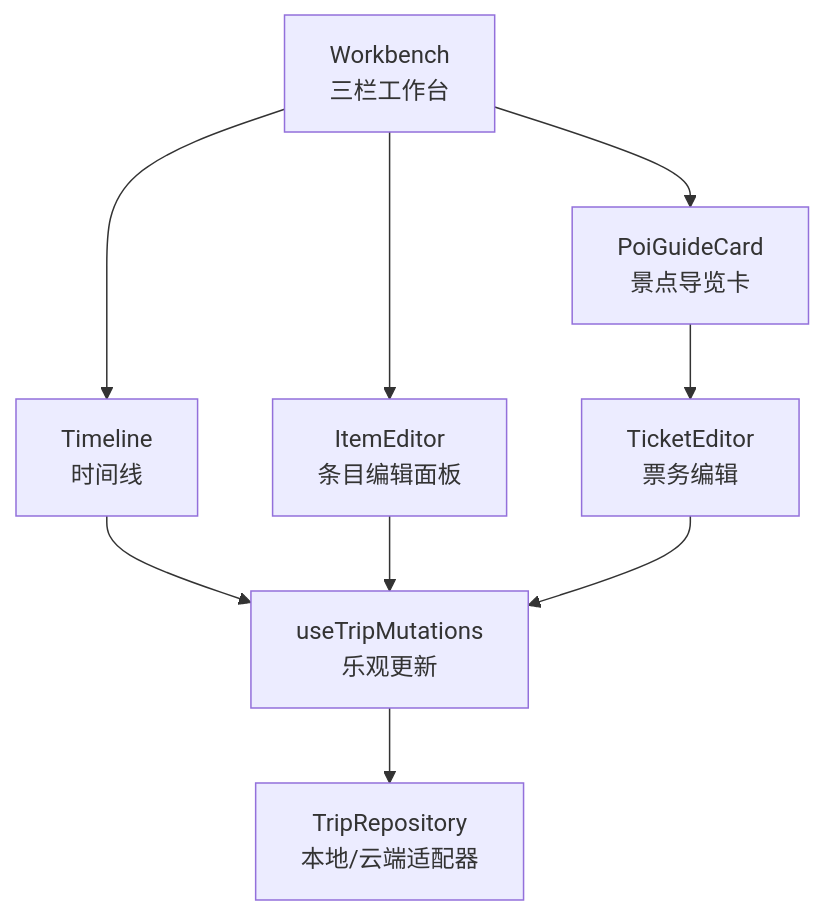
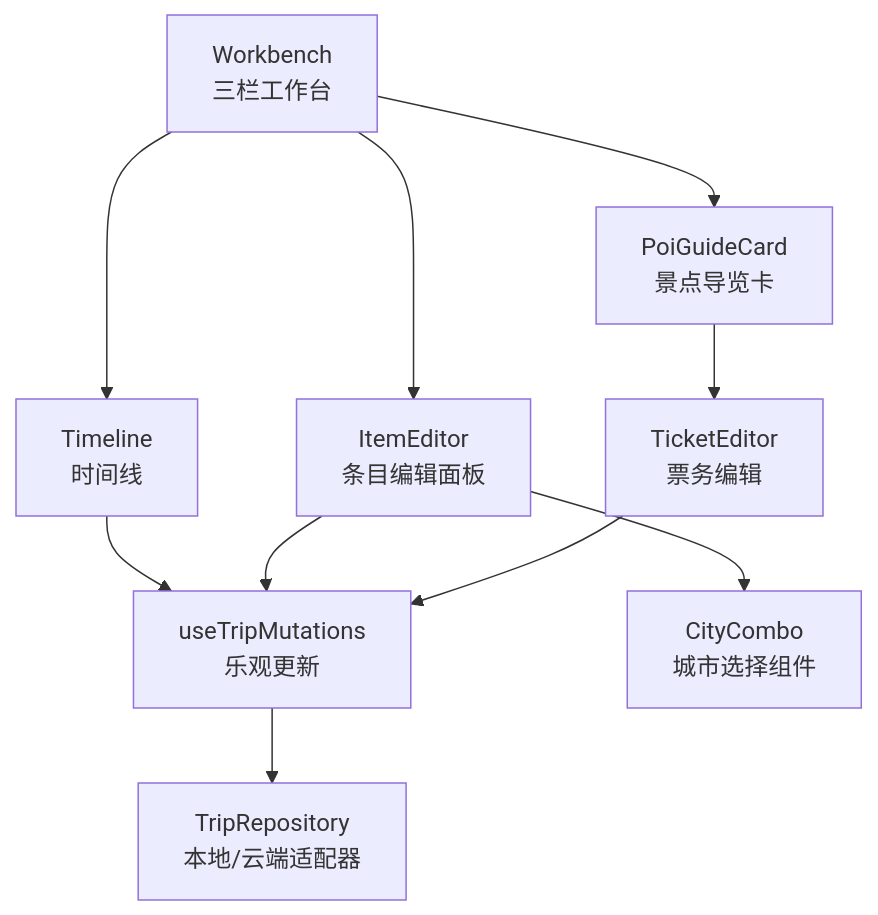
Before and after one commit to huangyilu/wanwuyishi: the first of 7 diagrams in .qoder/repowiki/zh/content/核心功能模块/行程管理模块/项目编辑器/项目编辑器.md, drawn with Mermaid. The commit also changed other lines of this file and 93 other files, not shown here.

````diff
--- a/.qoder/repowiki/zh/content/核心功能模块/行程管理模块/项目编辑器/项目编辑器.md
+++ b/.qoder/repowiki/zh/content/核心功能模块/行程管理模块/项目编辑器/项目编辑器.md
@@ -39,11 +49,12 @@
 ```mermaid
 graph TB
 A["Workbench<br/>三栏工作台"] --> B["Timeline<br/>时间线"]
 A --> C["ItemEditor<br/>条目编辑面板"]
 A --> D["PoiGuideCard<br/>景点导览卡"]
 D --> E["TicketEditor<br/>票务编辑"]
 B --> F["useTripMutations<br/>乐观更新"]
 C --> F
 E --> F
 F --> G["TripRepository<br/>本地/云端适配器"]
+C --> H["CityCombo<br/>城市选择组件"]
 ```
````
